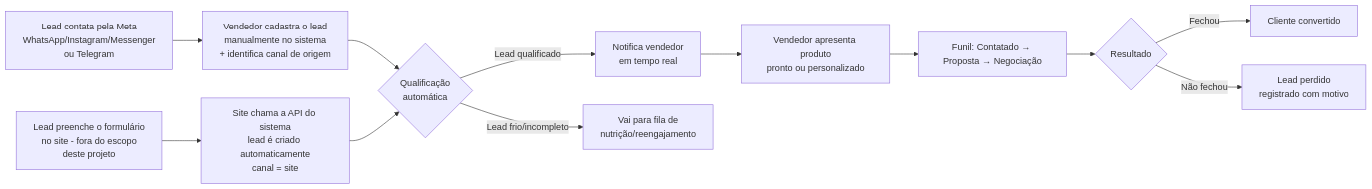
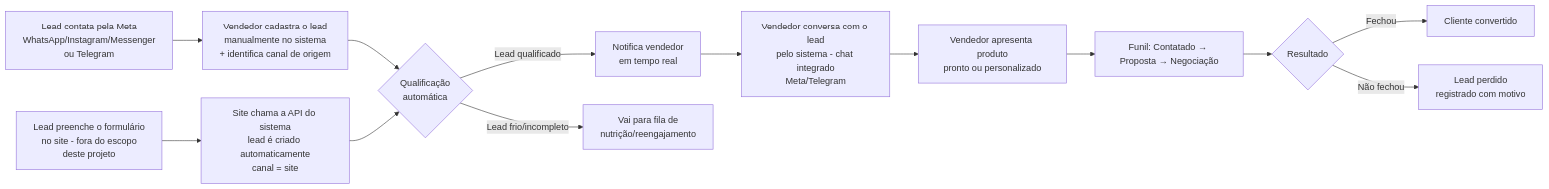
One commit to indianous/lead-system changed the first of 3 diagrams in 01-estudo-de-caso-coleta-leads.md. Above: the diagram before and after it, drawn with Mermaid. The commit also changed other lines of this file and 3 other files, not shown here.

First line of the commit message:
Adiciona funcionalidade de central de mensagens (chat com o lead)

````diff
--- a/01-estudo-de-caso-coleta-leads.md
+++ b/01-estudo-de-caso-coleta-leads.md
@@ -98,14 +99,15 @@
 ```mermaid
 flowchart LR
     A1[Lead contata pela Meta<br/>WhatsApp/Instagram/Messenger<br/>ou Telegram] --> B1[Vendedor cadastra o lead<br/>manualmente no sistema<br/>+ identifica canal de origem]
     A2[Lead preenche o formulário<br/>no site - fora do escopo<br/>deste projeto] --> B2[Site chama a API do sistema<br/>lead é criado automaticamente<br/>canal = site]
     B1 --> C{Qualificação<br/>automática}
     B2 --> C
     C -->|Lead qualificado| D[Notifica vendedor<br/>em tempo real]
     C -->|Lead frio/incompleto| E[Vai para fila de<br/>nutrição/reengajamento]
-    D --> F[Vendedor apresenta produto<br/>pronto ou personalizado]
-    F --> G[Funil: Contatado → Proposta → Negociação]
+    D --> F[Vendedor conversa com o lead<br/>pelo sistema - chat integrado<br/>Meta/Telegram]
+    F --> F2[Vendedor apresenta produto<br/>pronto ou personalizado]
+    F2 --> G[Funil: Contatado → Proposta → Negociação]
     G --> H{Resultado}
     H -->|Fechou| I[Cliente convertido]
     H -->|Não fechou| J[Lead perdido<br/>registrado com motivo]
 ```
````
